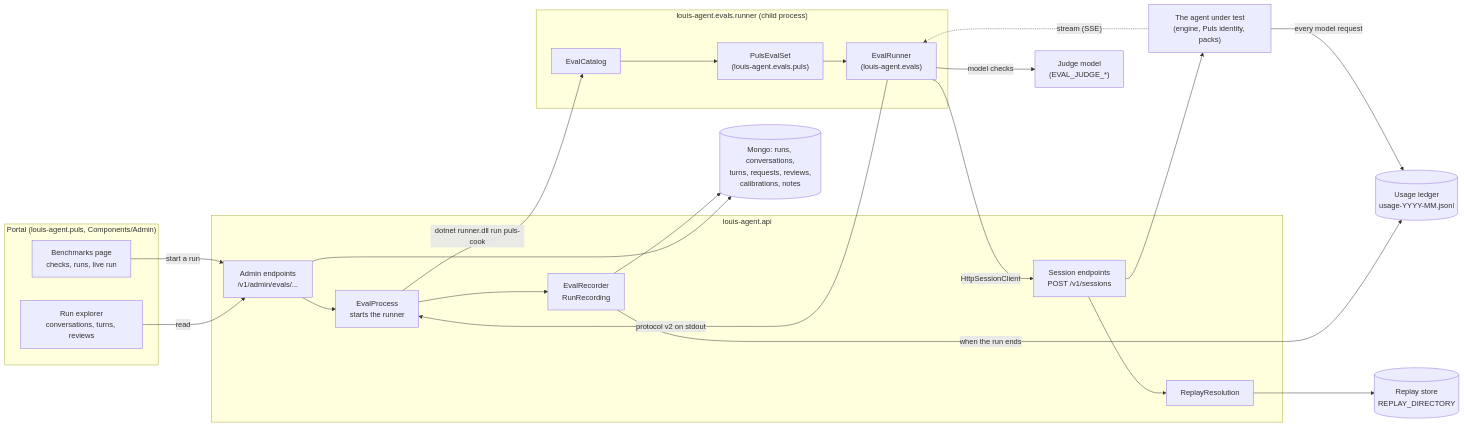
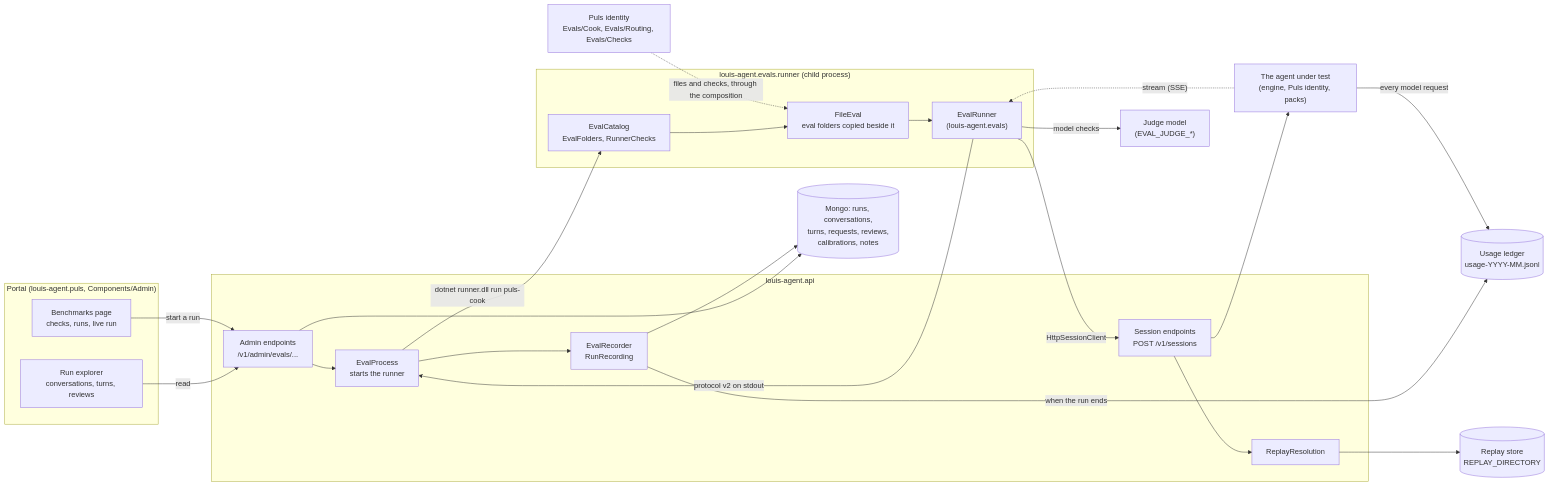
The first of 4 diagrams in docs/architecture/evals.md (bosbevk/louis-agent), drawn with Mermaid before and after one commit. The commit also changed other lines of this file and 19 other files, not shown here.

````diff
--- a/docs/architecture/evals.md
+++ b/docs/architecture/evals.md
@@ -21,35 +24,37 @@
 ```mermaid
 flowchart LR
   subgraph Portal["Portal (louis-agent.puls, Components/Admin)"]
     Bench["Benchmarks page<br/>checks, runs, live run"]
     Explorer["Run explorer<br/>conversations, turns, reviews"]
   end
   subgraph API["louis-agent.api"]
     Admin["Admin endpoints<br/>/v1/admin/evals/..."]
     Proc["EvalProcess<br/>starts the runner"]
     Rec["EvalRecorder<br/>RunRecording"]
     Sessions["Session endpoints<br/>POST /v1/sessions"]
     Replay["ReplayResolution"]
   end
   subgraph Runner["louis-agent.evals.runner (child process)"]
-    Cat["EvalCatalog"]
+    Cat["EvalCatalog<br/>EvalFolders, RunnerChecks"]
     Harness["EvalRunner<br/>(louis-agent.evals)"]
-    Set["PulsEvalSet<br/>(louis-agent.evals.puls)"]
+    Files["FileEval<br/>eval folders copied beside it"]
   end
+  Identity["Puls identity<br/>Evals/Cook, Evals/Routing, Evals/Checks"]
   Agent["The agent under test<br/>(engine, Puls identity, packs)"]
   Store[("Mongo: runs, conversations,<br/>turns, requests, reviews,<br/>calibrations, notes")]
   Ledger[("Usage ledger<br/>usage-YYYY-MM.jsonl")]
   RStore[("Replay store<br/>REPLAY_DIRECTORY")]
   Judge["Judge model<br/>(EVAL_JUDGE_*)"]
 
   Bench -->|"start a run"| Admin --> Proc -->|"dotnet runner.dll run puls-cook"| Cat
-  Cat --> Set --> Harness
+  Identity -.->|"files and checks, through the composition"| Files
+  Cat --> Files --> Harness
   Harness -->|"HttpSessionClient"| Sessions --> Agent
   Sessions --> Replay --> RStore
   Agent -->|"every model request"| Ledger
   Agent -.->|"stream (SSE)"| Harness
   Harness -->|"model checks"| Judge
   Harness -->|"protocol v2 on stdout"| Proc --> Rec --> Store
   Rec -->|"when the run ends"| Ledger
   Explorer -->|"read"| Admin --> Store
 ```
````
